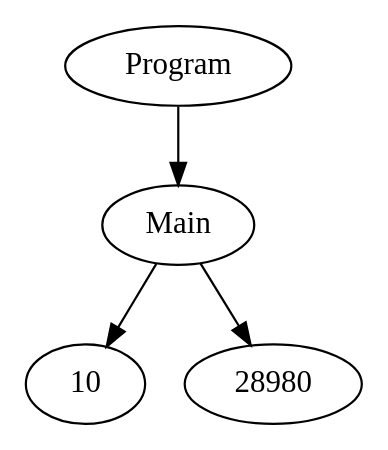
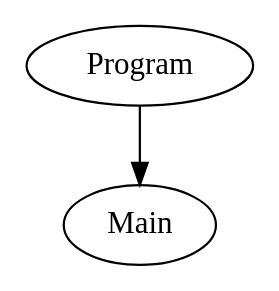
Before and after one commit to CedricDeVijt/CompilersProject: the diagram in src/parser/output.dot, drawn with Graphviz. The commit also changed 11 other files, not shown here.

```diff
--- a/src/parser/output.dot
+++ b/src/parser/output.dot
@@ -1,9 +1,5 @@
 digraph AST {
-"140068092881472" [label="Program"];
-"140068092881472" -> "140068092881376";
-"140068092881376" [label="Main"];
-"140068092881376" -> "140068092880704";
-"140068092880704" [label="10"];
-"140068092881376" -> "140068092879408";
-"140068092879408" [label="28980"];
+"139637383249824" [label="Program"];
+"139637383249824" -> "139637383248144";
+"139637383248144" [label="Main"];
 }
```
